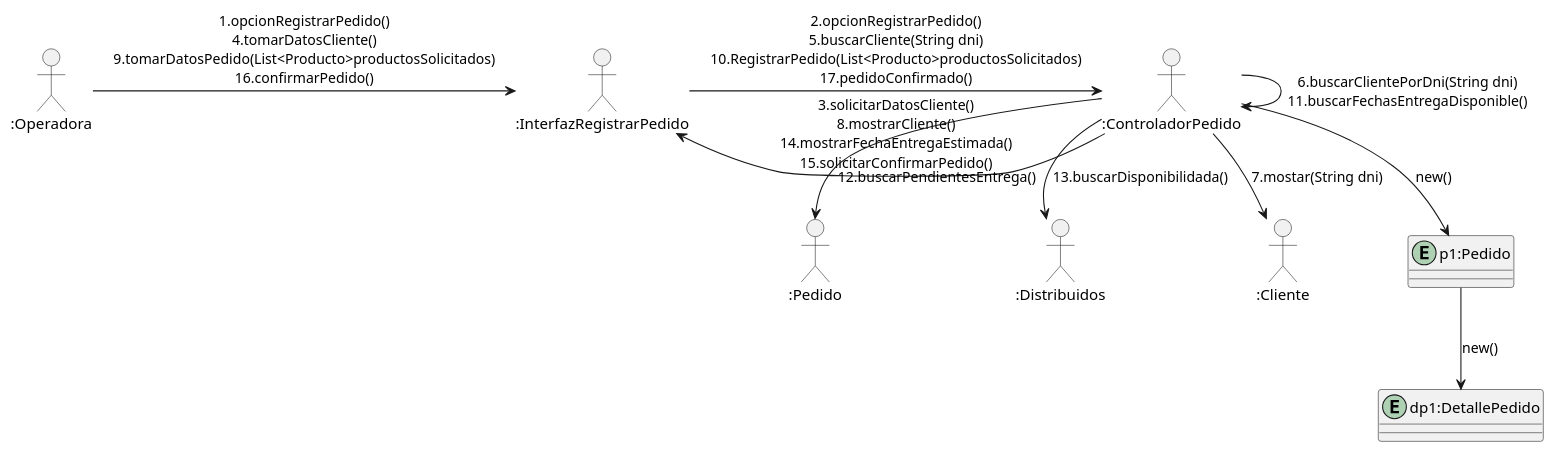
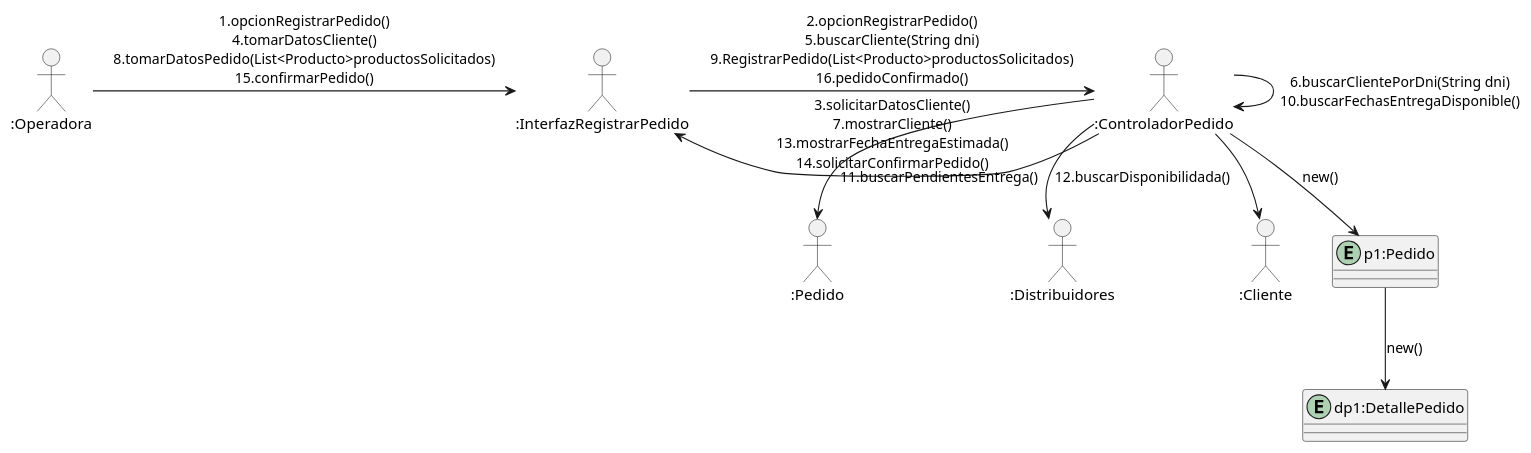
One commit to SecondPort/DOO1 changed the diagram in Java/src/Final/Diagramas/Diagrama-Colaboraciones.puml. Above: the diagram before and after it, drawn with PlantUML. The commit also changed 1 other file, not shown here.

```diff
--- a/Java/src/Final/Diagramas/Diagrama-Colaboraciones.puml
+++ b/Java/src/Final/Diagramas/Diagrama-Colaboraciones.puml
@@ -1,23 +1,23 @@
 @startuml
     allow_mixing
     actor ":Operadora" as O
     boundary ":InterfazRegistrarPedido" as I
     control ":ControladorPedido" as CO
     collections ":Pedido" as P
-    collections ":Distribuidos" as D
+    collections ":Distribuidores" as D
     collections ":Cliente" as C
     entity "p1:Pedido" as P1
     entity "dp1:DetallePedido" as DP1
 
-    O -> I :1.opcionRegistrarPedido()\n4.tomarDatosCliente()\n9.tomarDatosPedido(List<Producto>productosSolicitados)\n16.confirmarPedido()
-    I -> CO :2.opcionRegistrarPedido()\n5.buscarCliente(String dni)\n10.RegistrarPedido(List<Producto>productosSolicitados)\n17.pedidoConfirmado()
-    CO -> I :3.solicitarDatosCliente()\n8.mostrarCliente()\n14.mostrarFechaEntregaEstimada()\n15.solicitarConfirmarPedido()
-    CO -> CO :6.buscarClientePorDni(String dni)\n11.buscarFechasEntregaDisponible()
-    CO --> C :7.mostar(String dni)
+    O -> I :1.opcionRegistrarPedido()\n4.tomarDatosCliente()\n8.tomarDatosPedido(List<Producto>productosSolicitados)\n15.confirmarPedido()
+    I -> CO :2.opcionRegistrarPedido()\n5.buscarCliente(String dni)\n9.RegistrarPedido(List<Producto>productosSolicitados)\n16.pedidoConfirmado()
+    CO -> I :3.solicitarDatosCliente()\n7.mostrarCliente()\n13.mostrarFechaEntregaEstimada()\n14.solicitarConfirmarPedido()
+    CO -> CO :6.buscarClientePorDni(String dni)\n10.buscarFechasEntregaDisponible()
+    CO --> C
     CO --> P1 :new()
     P1 --> DP1 :new()
-    CO --> P :12.buscarPendientesEntrega()
-    CO --> D :13.buscarDisponibilidada()
+    CO --> P :11.buscarPendientesEntrega()
+    CO --> D :12.buscarDisponibilidada()
 
 
 @enduml
```
